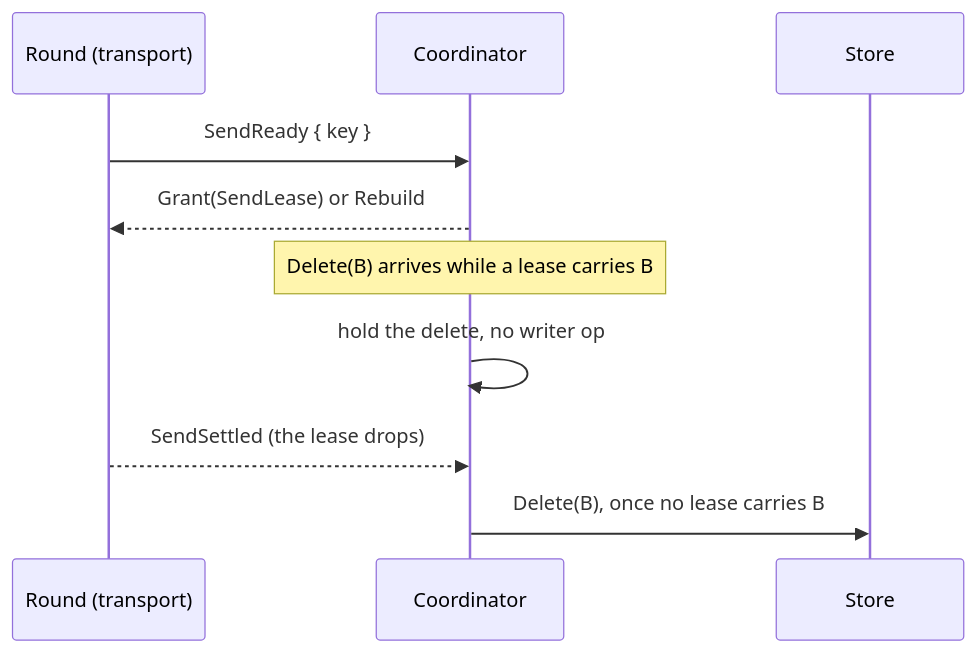
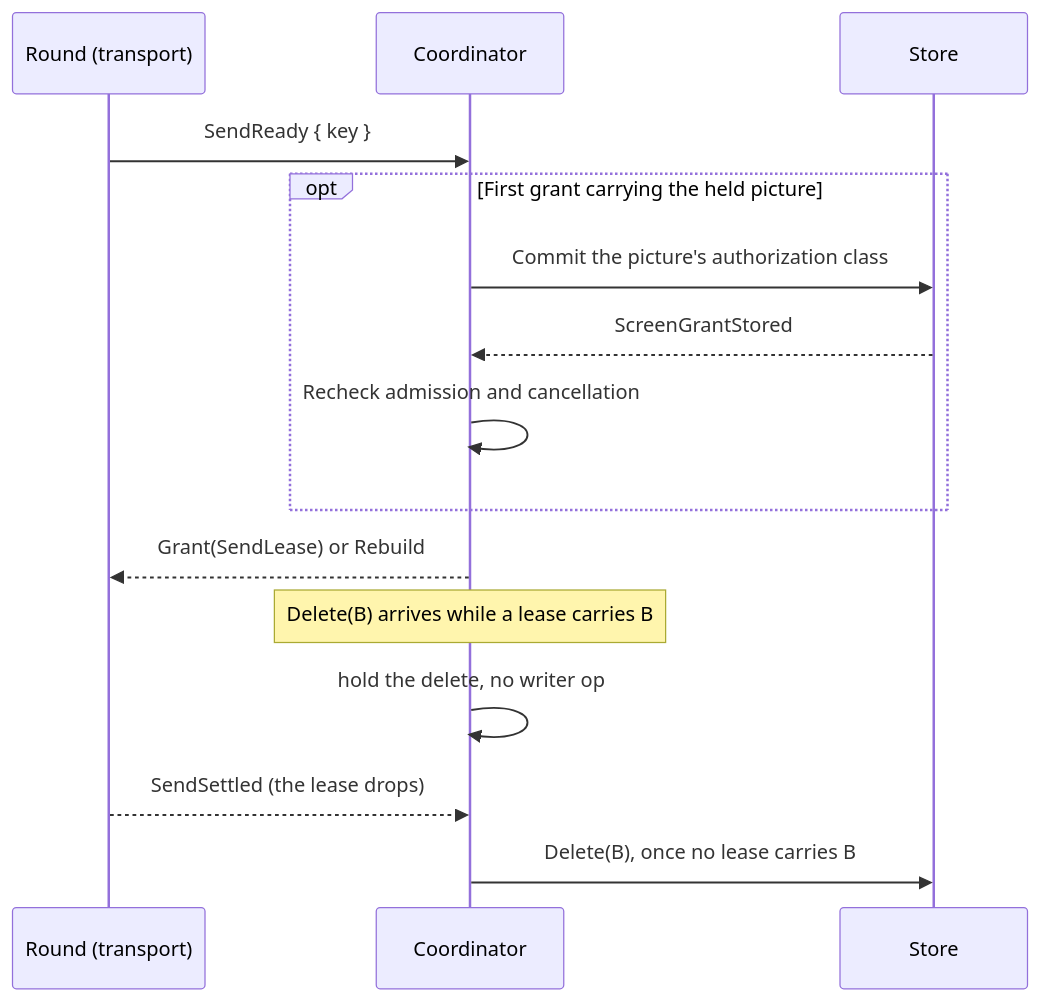
Before and after one commit to labcoder/capsula: the second of 3 diagrams in docs/development/engines.md, drawn with Mermaid. The commit also changed other lines of this file and 35 other files, not shown here.

````diff
--- a/docs/development/engines.md
+++ b/docs/development/engines.md
@@ -156,12 +156,17 @@
 ```mermaid
 sequenceDiagram
     participant R as Round (transport)
     participant C as Coordinator
     participant S as Store
     R->>C: SendReady { key }
+    opt First grant carrying the held picture
+        C->>S: Commit the picture's authorization class
+        S-->>C: ScreenGrantStored
+        C->>C: Recheck admission and cancellation
+    end
     C-->>R: Grant(SendLease) or Rebuild
     Note over C: Delete(B) arrives while a lease carries B
     C->>C: hold the delete, no writer op
     R-->>C: SendSettled (the lease drops)
     C->>S: Delete(B), once no lease carries B
 ```
````
